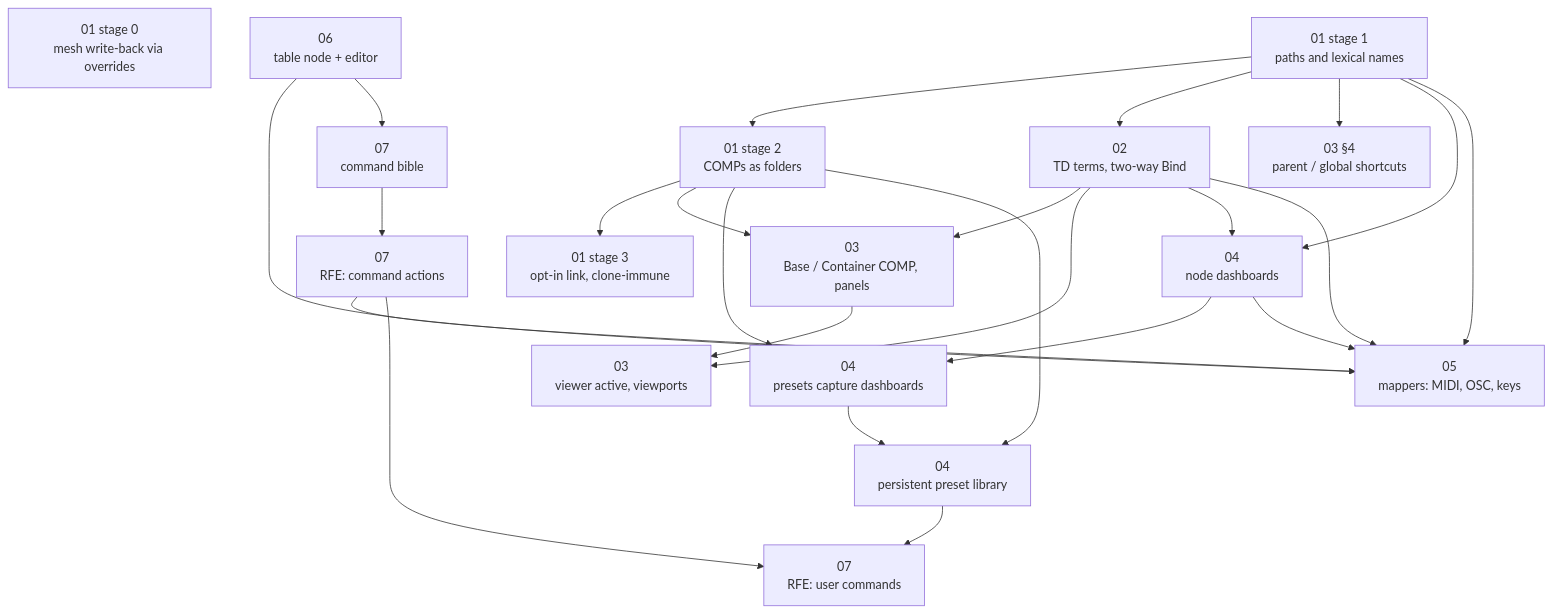
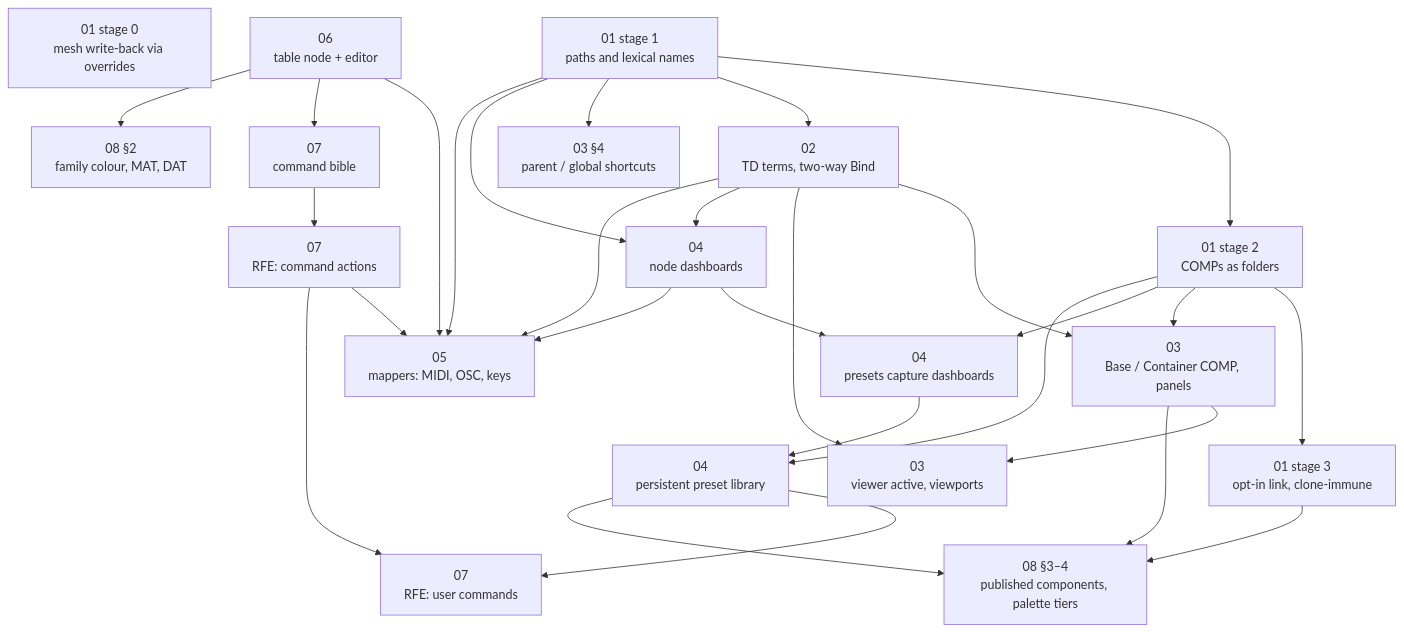
Before and after one commit to drmbt/loom: the diagram in docs/comp-model-2026-10-06/README.md, drawn with Mermaid. The commit also changed other lines of this file and 3 other files, not shown here.

First line of the commit message:
VN20: proposal 08: operator families, family colour, three-tier component palette

````diff
--- a/docs/comp-model-2026-10-06/README.md
+++ b/docs/comp-model-2026-10-06/README.md
@@ -31,41 +33,47 @@
 ```mermaid
 graph TD
   S0["01 stage 0<br/>mesh write-back via overrides"]
   P["01 stage 1<br/>paths and lexical names"]
   F["01 stage 2<br/>COMPs as folders"]
   L["01 stage 3<br/>opt-in link, clone-immune"]
   M["02<br/>TD terms, two-way Bind"]
   C["03<br/>Base / Container COMP, panels"]
   SC["03 §4<br/>parent / global shortcuts"]
   V["03<br/>viewer active, viewports"]
   D["04<br/>node dashboards"]
   PR["04<br/>presets capture dashboards"]
   LIB["04<br/>persistent preset library"]
   T["06<br/>table node + editor"]
   MAP["05<br/>mappers: MIDI, OSC, keys"]
   B["07<br/>command bible"]
   A["07<br/>RFE: command actions"]
   U["07<br/>RFE: user commands"]
+  FC["08 §2<br/>family colour, MAT, DAT"]
+  PUB["08 §3–4<br/>published components, palette tiers"]
   P --> F --> L
   P --> M
   P --> SC
   F --> C
   M --> C
   C --> V
   M --> V
   P --> D
   M --> D
   D --> PR
   F --> PR
   PR --> LIB
   F --> LIB
   T --> MAP
   P --> MAP
   M --> MAP
   D --> MAP
   B --> A
   T --> B
   A --> MAP
   A --> U
   LIB --> U
+  T --> FC
+  C --> PUB
+  L --> PUB
+  LIB --> PUB
 ```
````
